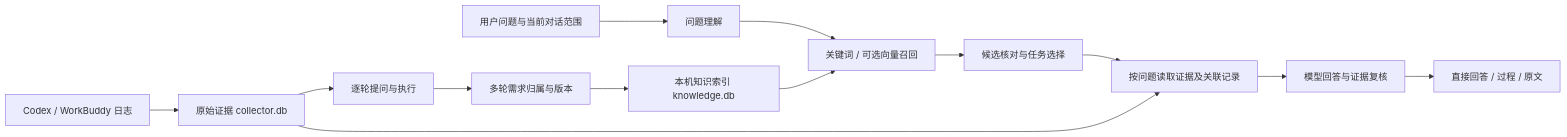
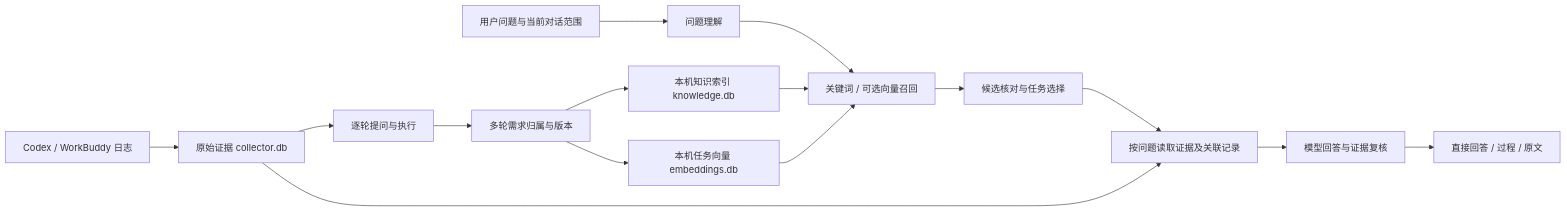
Before and after one commit to yardfribley-bit/agentpair: the diagram in SessionLens/docs/task-knowledge-assistant-design.md, drawn with Mermaid. The commit also changed other lines of this file and 11 other files, not shown here.

````diff
--- a/SessionLens/docs/task-knowledge-assistant-design.md
+++ b/SessionLens/docs/task-knowledge-assistant-design.md
@@ -28,15 +28,17 @@
 ```mermaid
 flowchart LR
   A[Codex / WorkBuddy 日志] --> B[原始证据 collector.db]
   B --> C[逐轮提问与执行]
   C --> D[多轮需求归属与版本]
   D --> E[本机知识索引 knowledge.db]
+  D --> W[本机任务向量 embeddings.db]
   Q[用户问题与当前对话范围] --> P[问题理解]
   P --> R[关键词 / 可选向量召回]
   E --> R
+  W --> R
   R --> S[候选核对与任务选择]
   S --> T[按问题读取证据及关联记录]
   B --> T
   T --> U[模型回答与证据复核]
   U --> V[直接回答 / 过程 / 原文]
 ```
````
